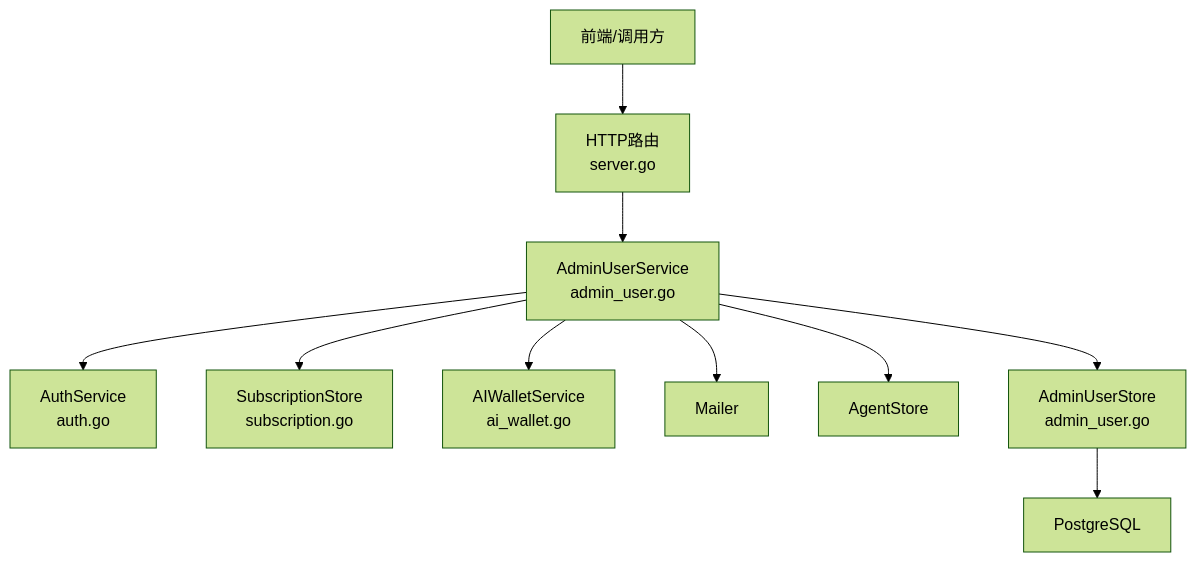
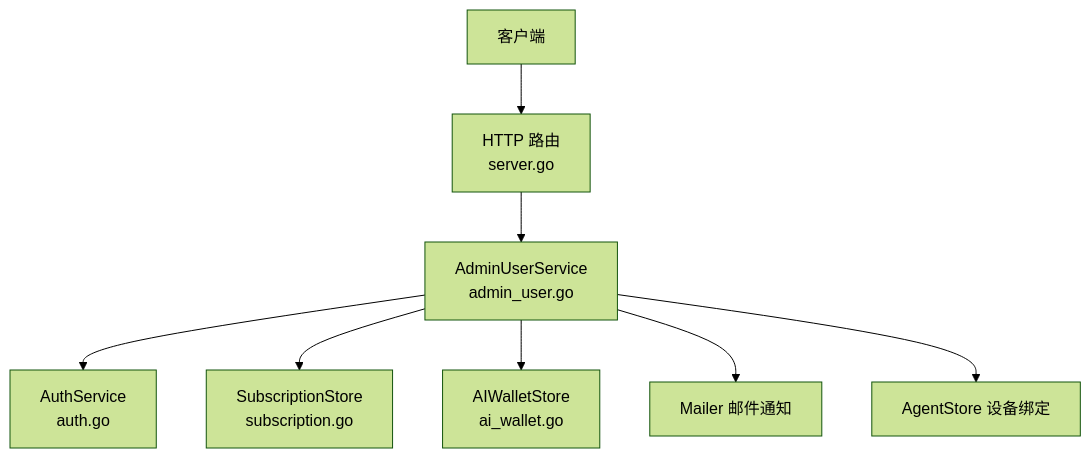
Before and after one commit to alvinwangzi/goodhr: the first of 3 diagrams in .qoder/repowiki/zh/content/API接口文档/云端REST API/管理后台API/用户管理API.md, drawn with Mermaid (forest theme). The commit also changed other lines of this file and 149 other files, not shown here.

````diff
--- a/.qoder/repowiki/zh/content/API接口文档/云端REST API/管理后台API/用户管理API.md
+++ b/.qoder/repowiki/zh/content/API接口文档/云端REST API/管理后台API/用户管理API.md
@@ -39,12 +37,10 @@
 ```mermaid
 graph TB
-Client["前端/调用方"] --> Router["HTTP路由<br/>server.go"]
-Router --> AdminUserSvc["AdminUserService<br/>admin_user.go"]
-AdminUserSvc --> Auth["AuthService<br/>auth.go"]
-AdminUserSvc --> SubStore["SubscriptionStore<br/>subscription.go"]
-AdminUserSvc --> AIWallet["AIWalletService<br/>ai_wallet.go"]
-AdminUserSvc --> Mailer["Mailer"]
-AdminUserSvc --> AgentStore["AgentStore"]
-AdminUserSvc --> UserStore["AdminUserStore<br/>admin_user.go"]
-UserStore --> DB["PostgreSQL"]
+Client["客户端"] --> Router["HTTP 路由<br/>server.go"]
+Router --> AdminUser["AdminUserService<br/>admin_user.go"]
+AdminUser --> Auth["AuthService<br/>auth.go"]
+AdminUser --> SubStore["SubscriptionStore<br/>subscription.go"]
+AdminUser --> AIWallet["AIWalletStore<br/>ai_wallet.go"]
+AdminUser --> Mailer["Mailer 邮件通知"]
+AdminUser --> AgentStore["AgentStore 设备绑定"]
 ```
````
